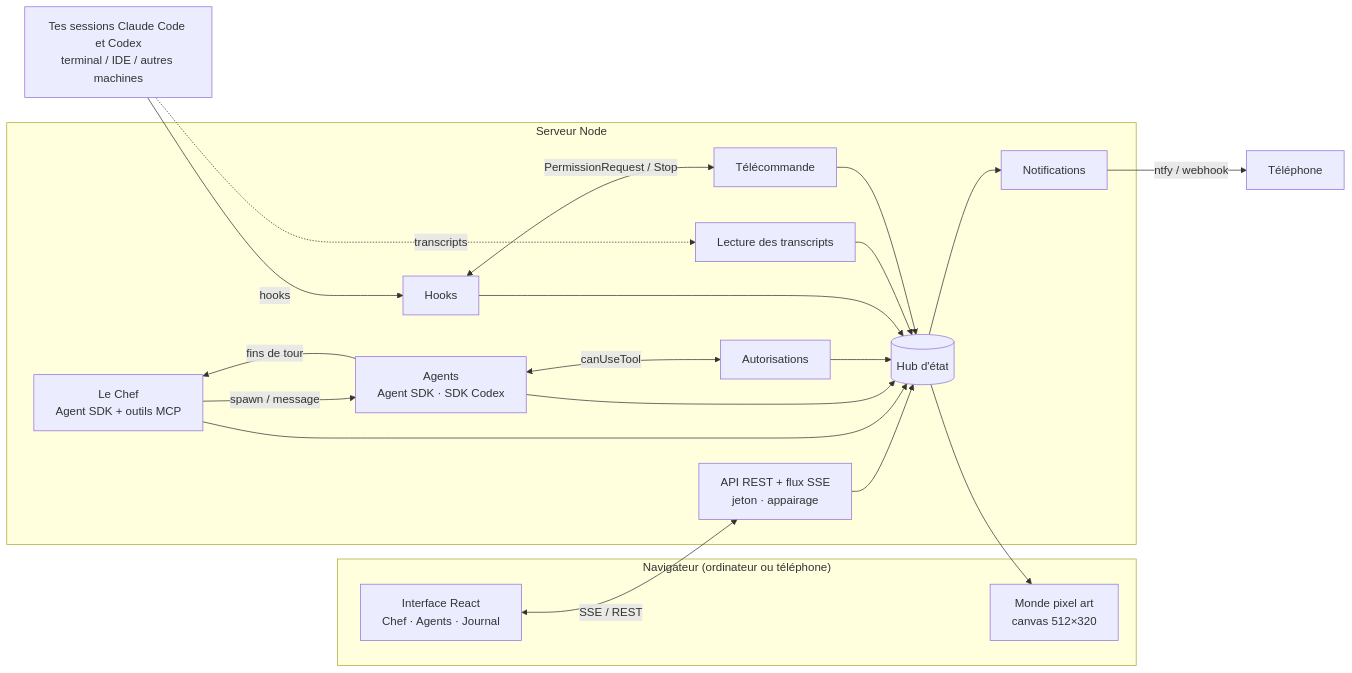
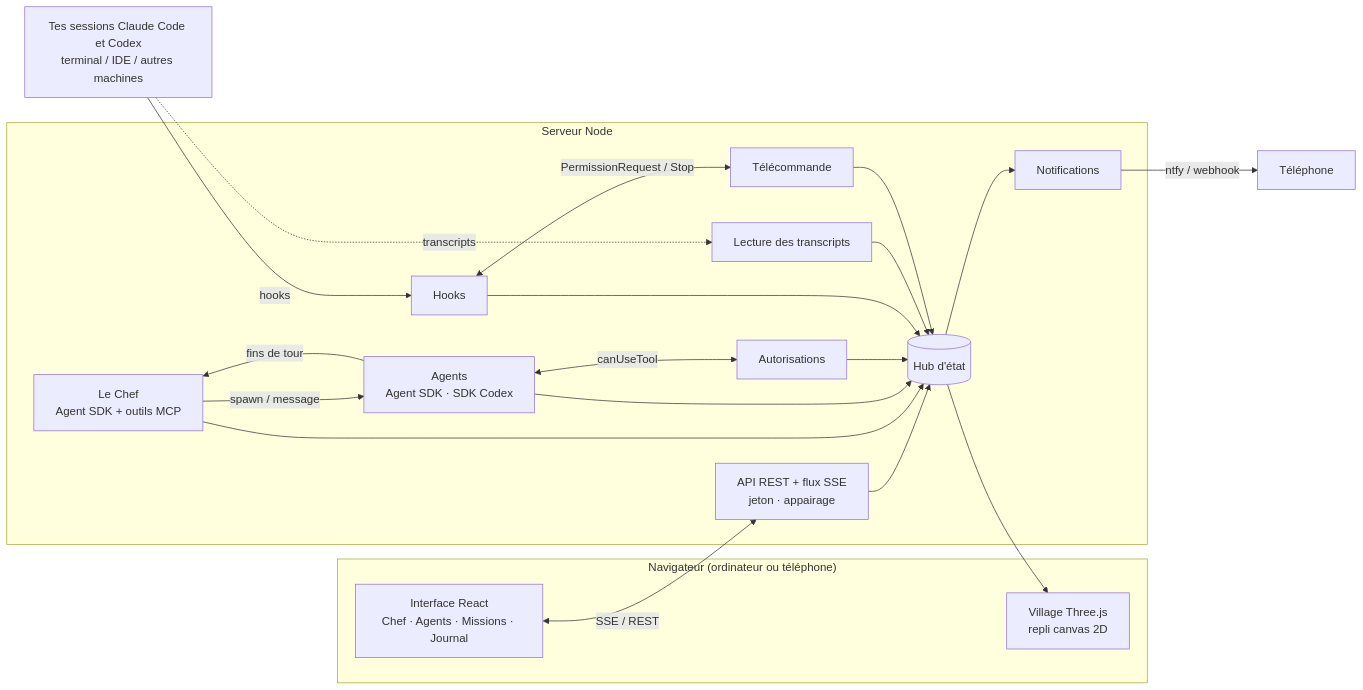
The diagram in README.md (calvinNdmb/Pixel-ai-dashboard), drawn with Mermaid before and after one commit. The commit also changed other lines of this file and 29 other files, not shown here.

````diff
--- a/README.md
+++ b/README.md
@@ -276,29 +278,29 @@
 ```mermaid
 flowchart LR
   subgraph Navigateur["Navigateur (ordinateur ou téléphone)"]
-    UI[Interface React<br/>Chef · Agents · Journal]
-    W[Monde pixel art<br/>canvas 512×320]
+    UI[Interface React<br/>Chef · Agents · Missions · Journal]
+    W[Village Three.js<br/>repli canvas 2D]
   end
   subgraph Serveur Node
     API[API REST + flux SSE<br/>jeton · appairage]
     HUB[(Hub d'état)]
     CHEF[Le Chef<br/>Agent SDK + outils MCP]
     POOL[Agents<br/>Agent SDK · SDK Codex]
     PERM[Autorisations]
     HOOKS[Hooks]
     REM[Télécommande]
     WATCH[Lecture des transcripts]
     NOTIF[Notifications]
   end
   T[Tes sessions Claude Code et Codex<br/>terminal / IDE / autres machines] -- hooks --> HOOKS
   T -. transcripts .-> WATCH
   HOOKS <-- PermissionRequest / Stop --> REM
   UI <-- SSE / REST --> API
   API --> HUB
   CHEF -- spawn / message --> POOL
   POOL -- fins de tour --> CHEF
   POOL <-- canUseTool --> PERM
   CHEF & POOL & PERM & HOOKS & WATCH & REM --> HUB
   HUB --> W
   HUB --> NOTIF -- ntfy / webhook --> P[Téléphone]
 ```
````
